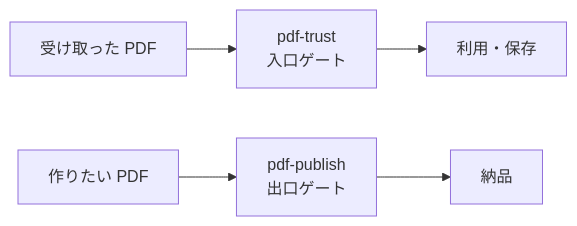
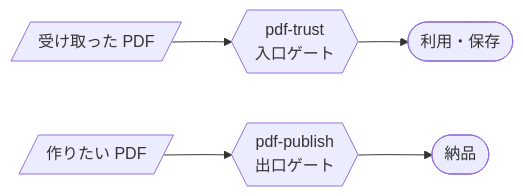
One commit to shuji-bonji/pdf-agent-stack changed the diagram in site/docs/ja/skills/index.md. Above: the diagram before and after it, drawn with Mermaid. The commit also changed 10 other files, not shown here.

Commit message:
fix: Mermaid図を改良

````diff
--- a/site/docs/ja/skills/index.md
+++ b/site/docs/ja/skills/index.md
@@ -9,5 +9,5 @@
 ```mermaid
 graph LR
-  IN[受け取った PDF] --> TRUST[pdf-trust<br>入口ゲート] --> USE[利用・保存]
-  MAKE[作りたい PDF] --> PUBLISH[pdf-publish<br>出口ゲート] --> OUT[納品]
+  IN[/"受け取った PDF"/] --> TRUST{{"pdf-trust<br>入口ゲート"}} --> USE(["利用・保存"])
+  MAKE[/"作りたい PDF"/] --> PUBLISH{{"pdf-publish<br>出口ゲート"}} --> OUT(["納品"])
 ```
````
